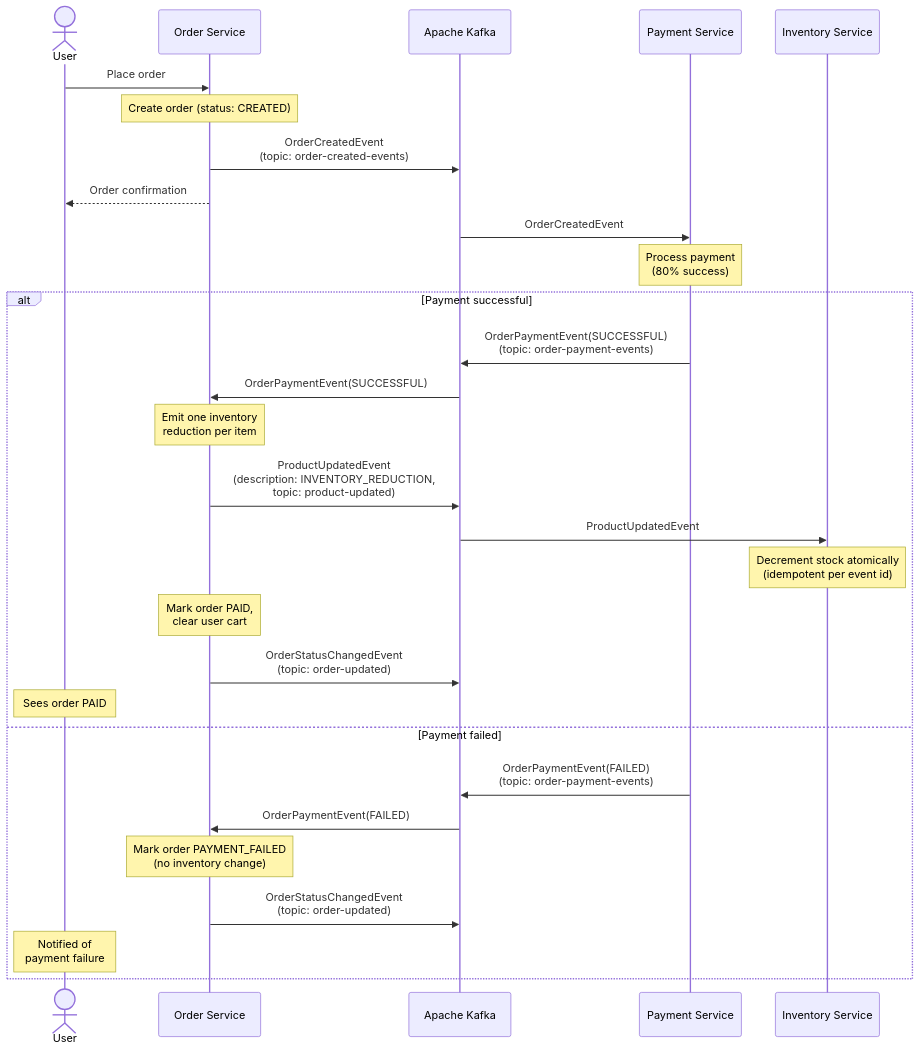
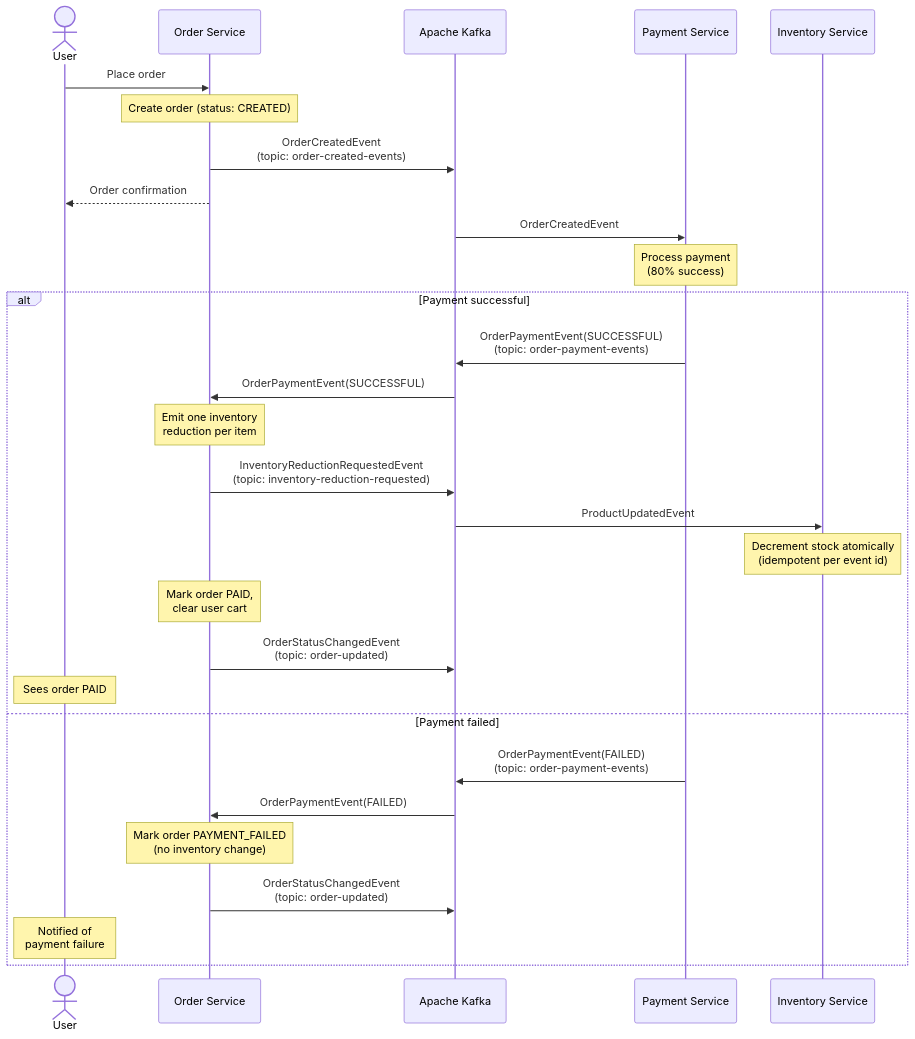
Before and after one commit to metao1/microservice-online-store: the fourth of 6 diagrams in docs/ARCHITECTURE.md, drawn with Mermaid. The commit also changed other lines of this file and 258 other files, not shown here.

````diff
--- a/docs/ARCHITECTURE.md
+++ b/docs/ARCHITECTURE.md
@@ -84,40 +84,40 @@
 ```mermaid
 sequenceDiagram
     actor User
     participant Order as Order Service
     participant Kafka as Apache Kafka
     participant Payment as Payment Service
     participant Inventory as Inventory Service
 
     %% Order creation
     User->>Order: Place order
     Note over Order: Create order (status: CREATED)
     Order->>Kafka: OrderCreatedEvent<br/>(topic: order-created-events)
     Order-->>User: Order confirmation
 
     %% Payment
     Kafka->>Payment: OrderCreatedEvent
     Note over Payment: Process payment<br/>(80% success)
 
     alt Payment successful
         Payment->>Kafka: OrderPaymentEvent(SUCCESSFUL)<br/>(topic: order-payment-events)
 
         Kafka->>Order: OrderPaymentEvent(SUCCESSFUL)
         Note over Order: Emit one inventory<br/>reduction per item
-        Order->>Kafka: ProductUpdatedEvent<br/>(description: INVENTORY_REDUCTION,<br/>topic: product-updated)
+        Order->>Kafka: InventoryReductionRequestedEvent<br/>(topic: inventory-reduction-requested)
 
         Kafka->>Inventory: ProductUpdatedEvent
         Note over Inventory: Decrement stock atomically<br/>(idempotent per event id)
 
         Note over Order: Mark order PAID,<br/>clear user cart
         Order->>Kafka: OrderStatusChangedEvent<br/>(topic: order-updated)
         Note over User: Sees order PAID
 
     else Payment failed
         Payment->>Kafka: OrderPaymentEvent(FAILED)<br/>(topic: order-payment-events)
         Kafka->>Order: OrderPaymentEvent(FAILED)
         Note over Order: Mark order PAYMENT_FAILED<br/>(no inventory change)
         Order->>Kafka: OrderStatusChangedEvent<br/>(topic: order-updated)
         Note over User: Notified of<br/>payment failure
     end
 ```
````
